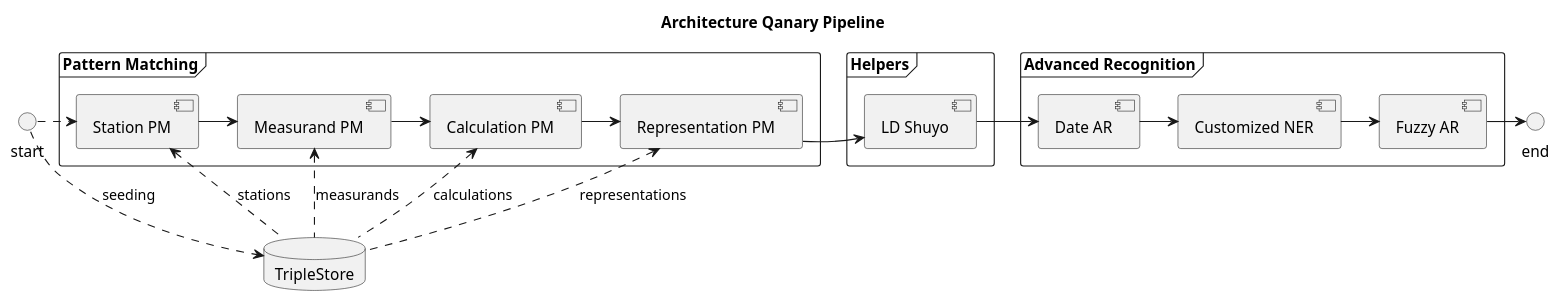
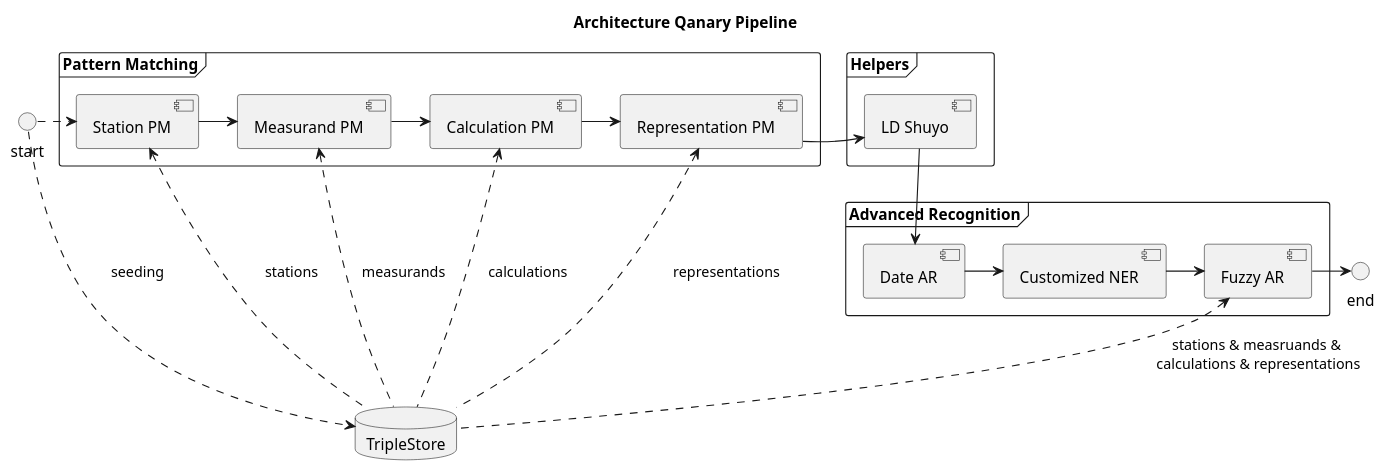
Before and after one commit to fredericbahr/quatsch-project-22: the diagram in docs/diagrams/Qanary Pipeline.puml, drawn with PlantUML. The commit also changed 13 other files, not shown here.

```diff
--- a/docs/diagrams/Qanary Pipeline.puml
+++ b/docs/diagrams/Qanary Pipeline.puml
@@ -1,42 +1,42 @@
 @startuml
-
 title Architecture Qanary Pipeline
 
 frame "Pattern Matching" {
 [Measurand PM]
 [Station PM]
 [Calculation PM]
 [Representation PM]
 }
 
 frame "Helpers" {
 [LD Shuyo]
 }
 
 frame "Advanced Recognition" {
 [Customized NER]
 [Date AR]
 [Fuzzy AR]
 }
 
 
 database TripleStore
 start .> [Station PM]
 start ..> TripleStore: seeding
 
 [Station PM] <.. TripleStore: stations
 [Measurand PM] <.. TripleStore: measurands
 [Calculation PM] <.. TripleStore: calculations
 [Representation PM] <.. TripleStore: representations
+[Fuzzy AR] <.. TripleStore: stations & measruands &\n calculations & representations
 
 [Station PM] -> [Measurand PM]
 [Measurand PM] -> [Calculation PM]
 [Calculation PM] -> [Representation PM]
 [Representation PM] -> [LD Shuyo]
 
-[LD Shuyo] -> [Date AR]
+[LD Shuyo] -down-> [Date AR]
 [Date AR] -> [Customized NER]
 [Customized NER] -> [Fuzzy AR]
 
 [Fuzzy AR] -> end
 @enduml
```
